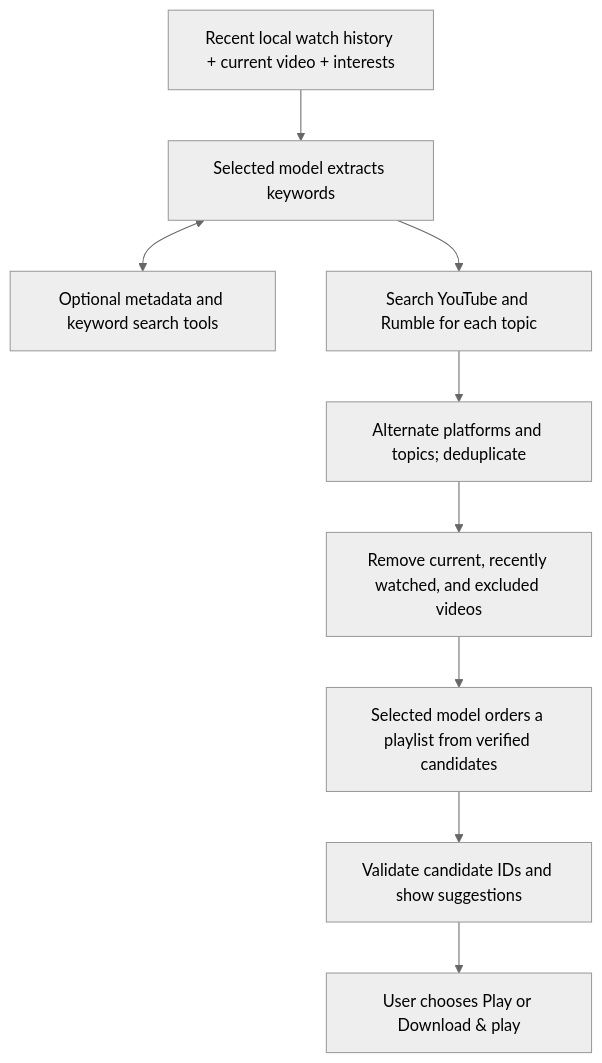
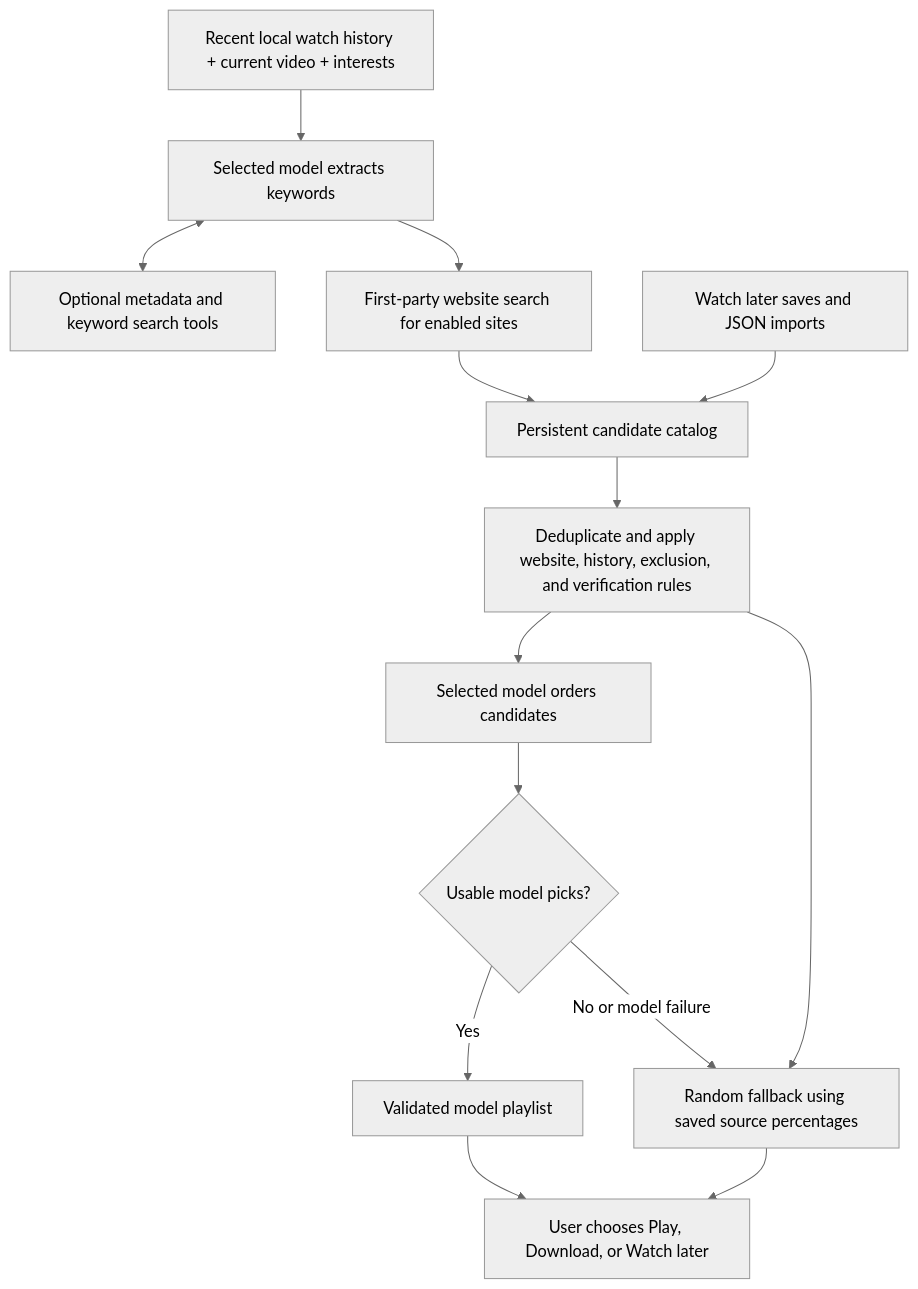
Before and after one commit to 7324136828/rumble-youtube-downloader: the diagram in docs/recommendations.md, drawn with Mermaid (neutral theme). The commit also changed other lines of this file and 119 other files, not shown here.

````diff
--- a/docs/recommendations.md
+++ b/docs/recommendations.md
@@ -56,11 +358,16 @@
 ```mermaid
 flowchart TD
     A[Recent local watch history + current video + interests] --> B[Selected model extracts keywords]
     B <--> C[Optional metadata and keyword search tools]
-    B --> D[Search YouTube and Rumble for each topic]
-    D --> E[Alternate platforms and topics; deduplicate]
-    E --> F[Remove current, recently watched, and excluded videos]
-    F --> G[Selected model orders a playlist from verified candidates]
-    G --> H[Validate candidate IDs and show suggestions]
-    H --> I[User chooses Play or Download & play]
+    B --> D[First-party website search for enabled sites]
+    D --> E[Persistent candidate catalog]
+    W[Watch later saves and JSON imports] --> E
+    E --> F[Deduplicate and apply website, history, exclusion, and verification rules]
+    F --> G[Selected model orders candidates]
+    G --> H{Usable model picks?}
+    H -->|Yes| I[Validated model playlist]
+    H -->|No or model failure| J[Random fallback using saved source percentages]
+    F --> J
+    I --> K[User chooses Play, Download, or Watch later]
+    J --> K
 ```
````
